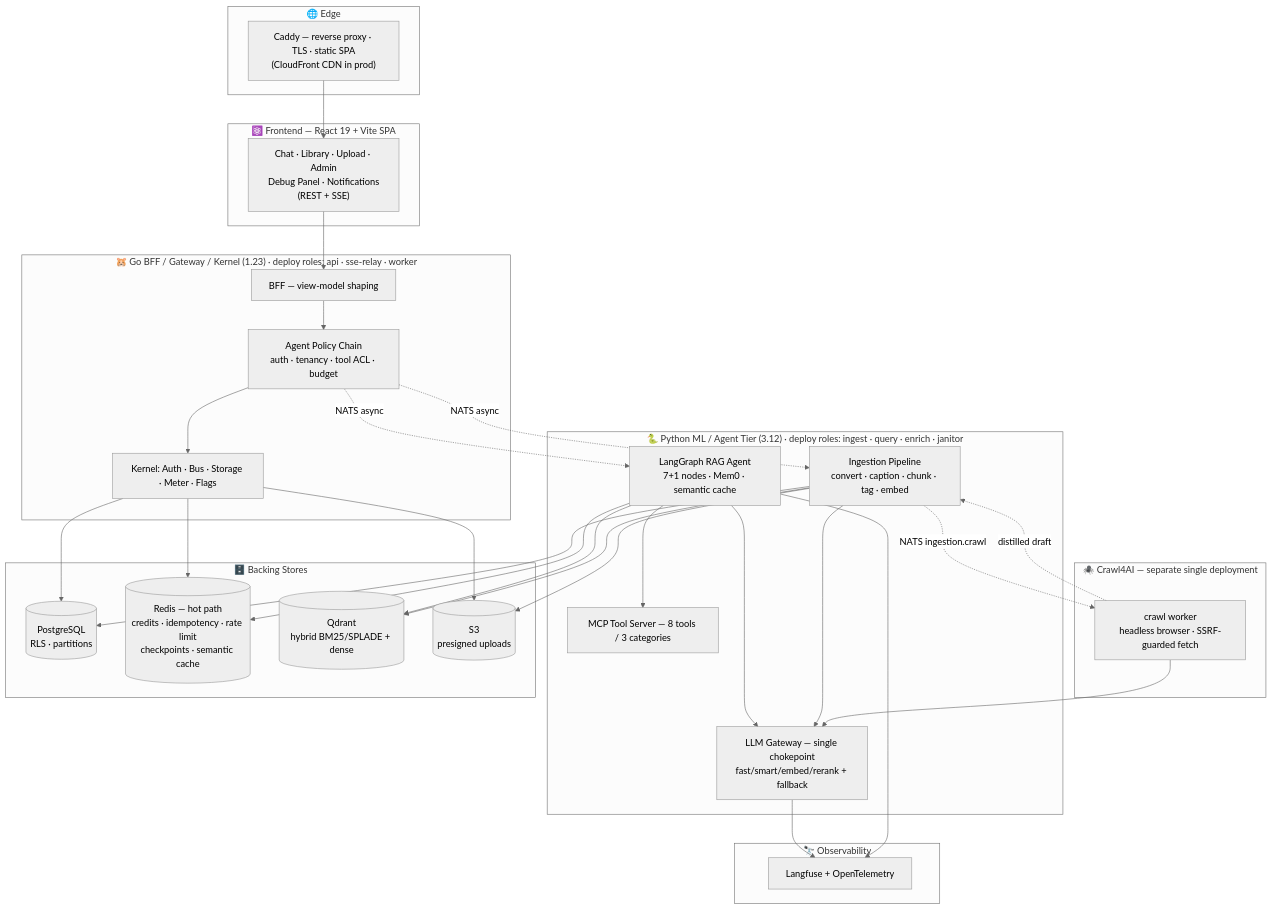
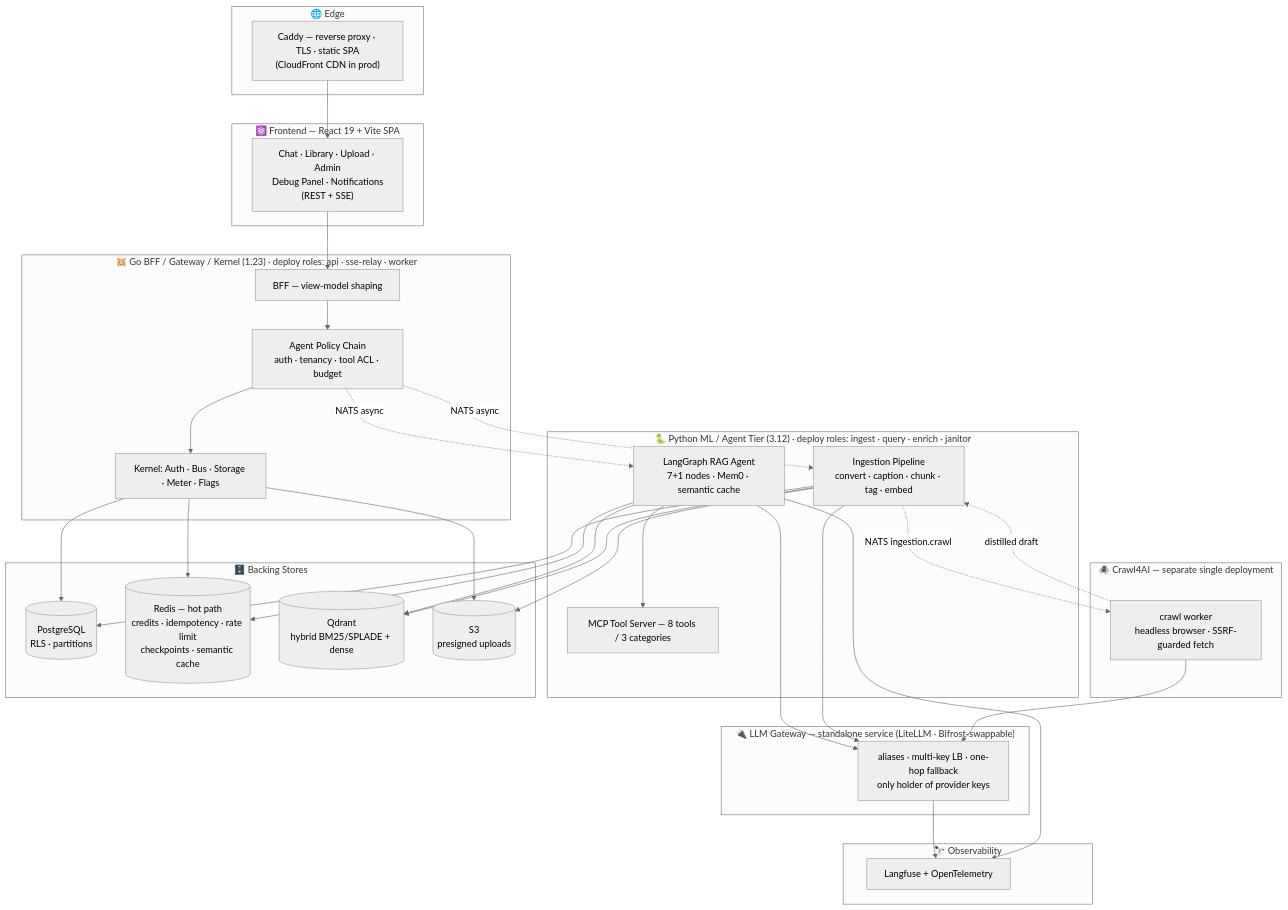
The first of 5 diagrams in README.md (truongpx396/aisat-studio), drawn with Mermaid (neutral theme) before and after one commit. The commit also changed other lines of this file and 11 other files, not shown here.

````diff
--- a/README.md
+++ b/README.md
@@ -81,54 +81,57 @@
 ```mermaid
 flowchart TB
     subgraph Edge["🌐 Edge"]
         Caddy["Caddy — reverse proxy · TLS · static SPA<br/>(CloudFront CDN in prod)"]
     end
 
     subgraph FE["⚛️ Frontend — React 19 + Vite SPA"]
         SPA["Chat · Library · Upload · Admin<br/>Debug Panel · Notifications<br/>(REST + SSE)"]
     end
 
     subgraph GO["🐹 Go BFF / Gateway / Kernel (1.23) · deploy roles: api · sse-relay · worker"]
         BFF["BFF — view-model shaping"]
         Policy["Agent Policy Chain<br/>auth · tenancy · tool ACL · budget"]
         Kernel["Kernel: Auth · Bus · Storage · Meter · Flags"]
     end
 
     subgraph PY["🐍 Python ML / Agent Tier (3.12) · deploy roles: ingest · query · enrich · janitor"]
         Ingest["Ingestion Pipeline<br/>convert · caption · chunk · tag · embed"]
         Agent["LangGraph RAG Agent<br/>7+1 nodes · Mem0 · semantic cache"]
-        Gateway["LLM Gateway — single chokepoint<br/>fast/smart/embed/rerank + fallback"]
         MCP["MCP Tool Server — 8 tools / 3 categories"]
     end
 
     subgraph CRAWL["🕷️ Crawl4AI — separate single deployment"]
         Crawl["crawl worker<br/>headless browser · SSRF-guarded fetch"]
+    end
+
+    subgraph GATEWAY["🔌 LLM Gateway — standalone service (LiteLLM · Bifrost-swappable)"]
+        Gateway["aliases · multi-key LB · one-hop fallback<br/>only holder of provider keys"]
     end
 
     subgraph DATA["🗄️ Backing Stores"]
         PG[("PostgreSQL<br/>RLS · partitions")]
         Redis[("Redis — hot path<br/>credits · idempotency · rate limit<br/>checkpoints · semantic cache")]
         Qdrant[("Qdrant<br/>hybrid BM25/SPLADE + dense")]
         S3[("S3<br/>presigned uploads")]
     end
 
     subgraph OBS["🔭 Observability"]
         LF["Langfuse + OpenTelemetry"]
     end
 
     Caddy --> SPA --> BFF
     BFF --> Policy --> Kernel
     Policy -. NATS async .-> Ingest
     Policy -. NATS async .-> Agent
     Agent --> Gateway
     Agent --> MCP
     Ingest --> Gateway
     Ingest -.->|"NATS ingestion.crawl"| Crawl
     Crawl -.->|"distilled draft"| Ingest
     Crawl --> Gateway
     Kernel --> PG & Redis & S3
     Agent --> Qdrant & Redis
     Ingest --> Qdrant & PG & S3
     Gateway --> LF
     Agent --> LF
 ```
````
